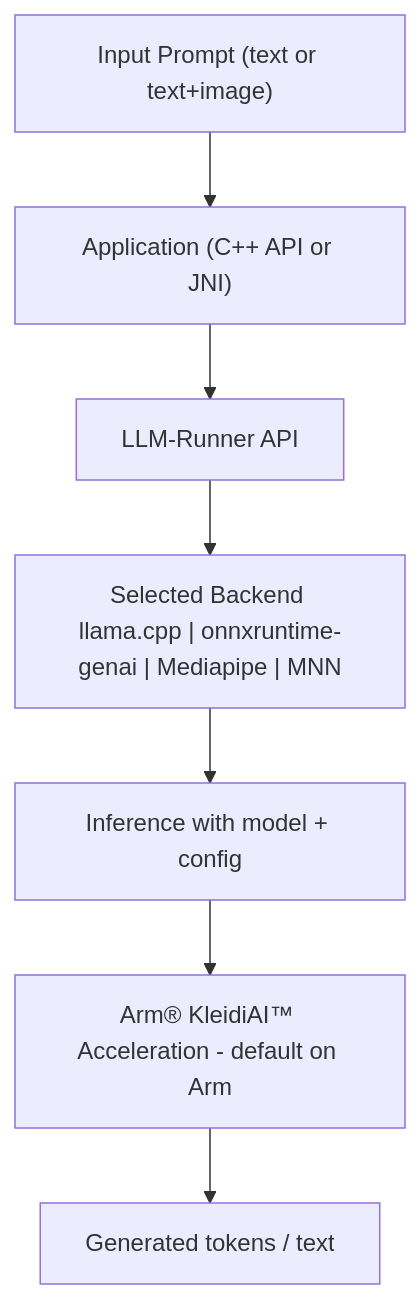
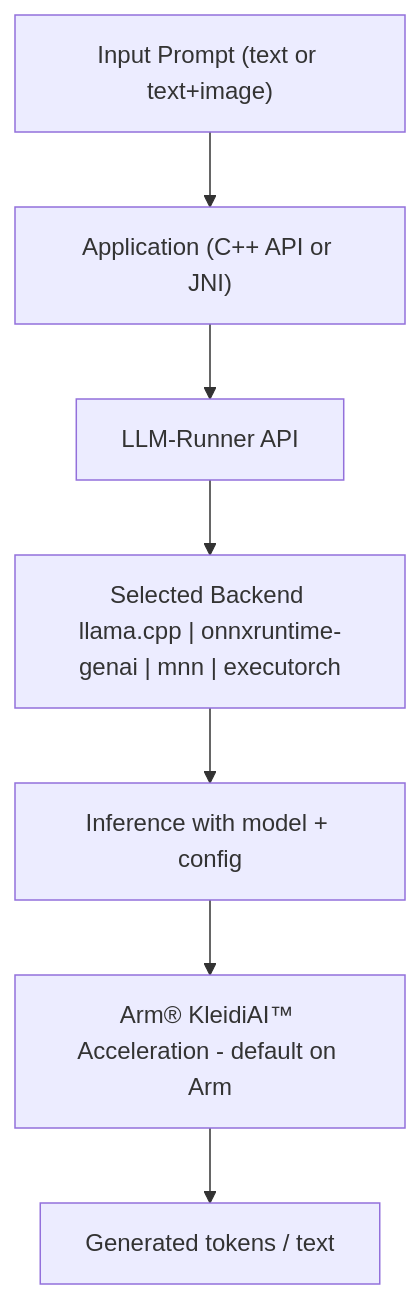
One commit to Arm-Examples/LLM-Runner changed the diagram in docs/architecture.md. Above: the diagram before and after it, drawn with Mermaid. The commit also changed 32 other files, not shown here.

````diff
--- a/docs/architecture.md
+++ b/docs/architecture.md
@@ -17,18 +17,18 @@
 ```mermaid
 graph TD
     Prompt["Input Prompt (text or text+image)"]
     App["Application (C++ API or JNI)"]
     LLMRunner["LLM-Runner API"]
-    Backend["Selected Backend llama.cpp | onnxruntime-genai | Mediapipe | MNN"]
+    Backend["Selected Backend llama.cpp | onnxruntime-genai | mnn | executorch"]
     Inference["Inference with model + config"]
     KleidiAI["Arm® KleidiAI™ Acceleration - default on Arm"]
     Output["Generated tokens / text"]
 
     Prompt --> App
     App --> LLMRunner
     LLMRunner --> Backend
     Backend --> Inference
     Inference --> KleidiAI
     KleidiAI --> Output
 
 ```
````
